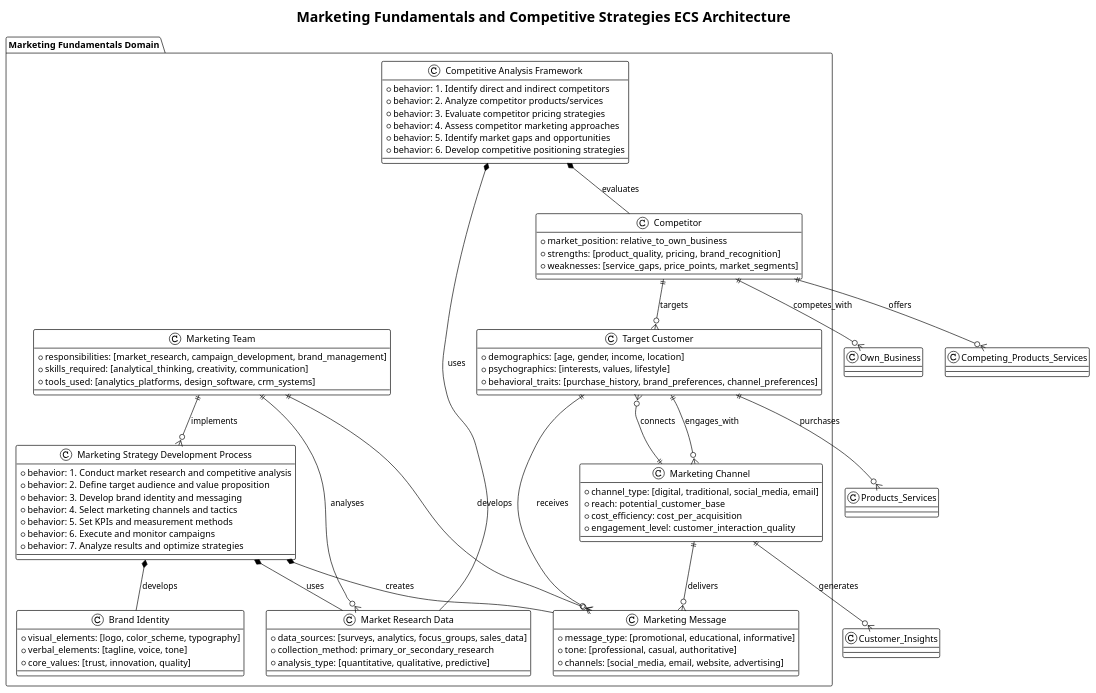
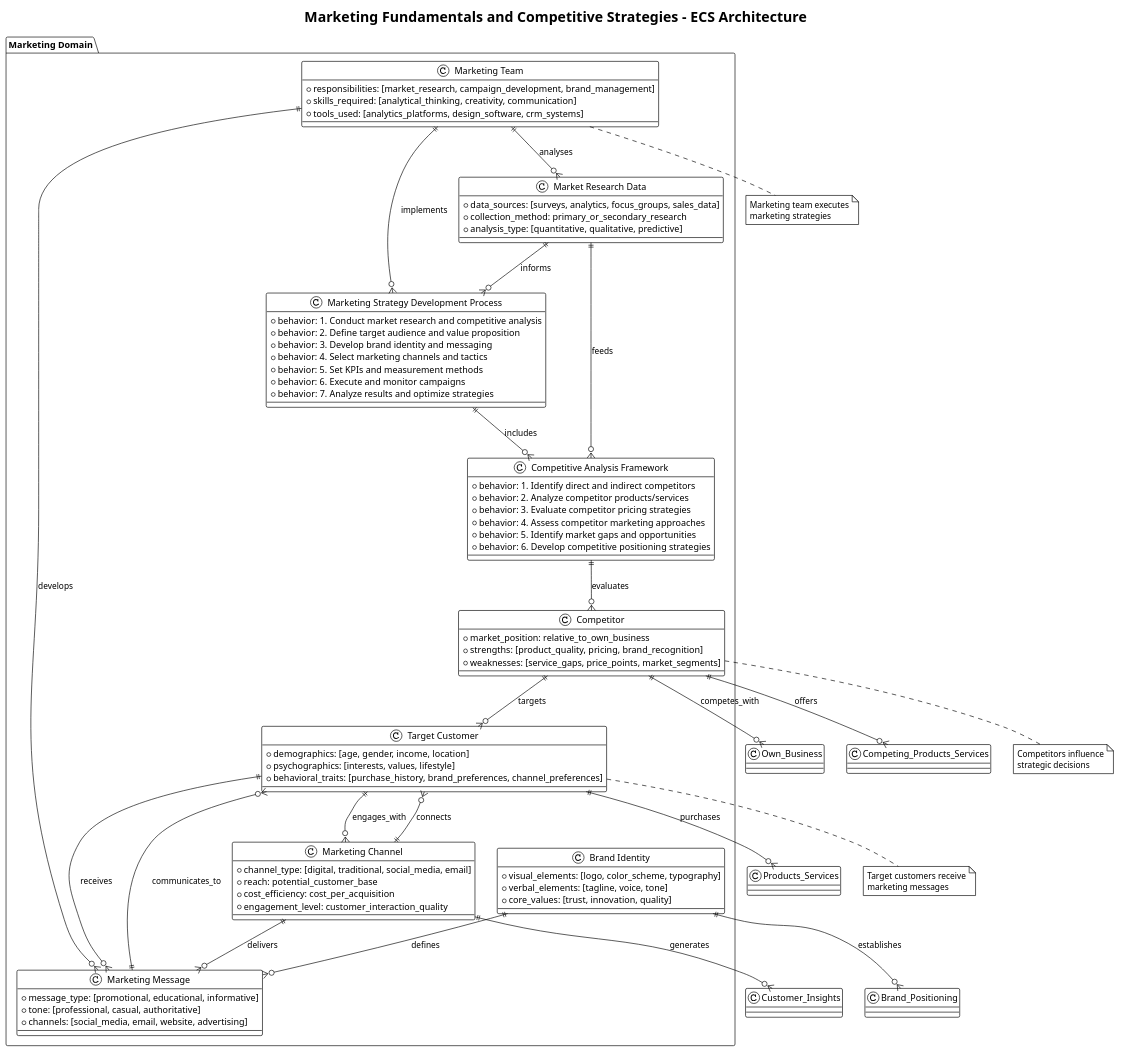
The diagram in diagrams/marketing_fundamentals_ecs.puml (SeppoPakonen/FinCom), drawn with PlantUML before and after one commit. The commit also changed 2374 other files, not shown here.

```diff
--- a/diagrams/marketing_fundamentals_ecs.puml
+++ b/diagrams/marketing_fundamentals_ecs.puml
@@ -1,92 +1,111 @@
 @startuml
 !theme plain
-title Marketing Fundamentals and Competitive Strategies ECS Architecture
+title Marketing Fundamentals and Competitive Strategies - ECS Architecture
 
-package "Marketing Fundamentals Domain" {
+package "Marketing Domain" {
   class "Marketing Team" as MT {
     + responsibilities: [market_research, campaign_development, brand_management]
     + skills_required: [analytical_thinking, creativity, communication]
     + tools_used: [analytics_platforms, design_software, crm_systems]
   }
 
   class "Target Customer" as TC {
     + demographics: [age, gender, income, location]
     + psychographics: [interests, values, lifestyle]
     + behavioral_traits: [purchase_history, brand_preferences, channel_preferences]
   }
 
   class "Competitor" as Comp {
     + market_position: relative_to_own_business
     + strengths: [product_quality, pricing, brand_recognition]
     + weaknesses: [service_gaps, price_points, market_segments]
   }
 
   class "Marketing Channel" as MC {
     + channel_type: [digital, traditional, social_media, email]
     + reach: potential_customer_base
     + cost_efficiency: cost_per_acquisition
     + engagement_level: customer_interaction_quality
   }
 
   class "Market Research Data" as MRD {
     + data_sources: [surveys, analytics, focus_groups, sales_data]
     + collection_method: primary_or_secondary_research
     + analysis_type: [quantitative, qualitative, predictive]
   }
 
   class "Brand Identity" as BI {
     + visual_elements: [logo, color_scheme, typography]
     + verbal_elements: [tagline, voice, tone]
     + core_values: [trust, innovation, quality]
   }
 
   class "Marketing Message" as MM {
     + message_type: [promotional, educational, informative]
     + tone: [professional, casual, authoritative]
     + channels: [social_media, email, website, advertising]
   }
 
   class "Marketing Strategy Development Process" as MSDP {
     + behavior: 1. Conduct market research and competitive analysis
     + behavior: 2. Define target audience and value proposition
     + behavior: 3. Develop brand identity and messaging
     + behavior: 4. Select marketing channels and tactics
     + behavior: 5. Set KPIs and measurement methods
     + behavior: 6. Execute and monitor campaigns
     + behavior: 7. Analyze results and optimize strategies
   }
 
   class "Competitive Analysis Framework" as CAF {
     + behavior: 1. Identify direct and indirect competitors
     + behavior: 2. Analyze competitor products/services
     + behavior: 3. Evaluate competitor pricing strategies
     + behavior: 4. Assess competitor marketing approaches
     + behavior: 5. Identify market gaps and opportunities
     + behavior: 6. Develop competitive positioning strategies
   }
 }
 
 MT ||--o{ MM : "develops"
 MT ||--o{ MRD : "analyses"
 MT ||--o{ MSDP : "implements"
 
 TC ||--o{ MM : "receives"
 TC ||--o{ MC : "engages_with"
 TC ||--o{ "Products_Services" : "purchases"
 
 Comp ||--o{ "Own_Business" : "competes_with"
 Comp ||--o{ TC : "targets"
 Comp ||--o{ "Competing_Products_Services" : "offers"
 
 MC ||--o{ MM : "delivers"
 MC ||--o{ TC : "connects"
 MC ||--o{ "Customer_Insights" : "generates"
 
-MSDP *-- MRD : "uses"
-MSDP *-- BI : "develops"
-MSDP *-- MM : "creates"
+MRD ||--o{ MSDP : "informs"
+MRD ||--o{ CAF : "feeds"
 
-CAF *-- MRD : "uses"
-CAF *-- Comp : "evaluates"
+BI ||--o{ MM : "defines"
+BI ||--o{ "Brand_Positioning" : "establishes"
+
+MM ||--o{ TC : "communicates_to"
+
+MSDP ||--o{ CAF : "includes"
+CAF ||--o{ Comp : "evaluates"
+
+note bottom of MT
+  Marketing team executes
+  marketing strategies
+end note
+
+note bottom of TC
+  Target customers receive
+  marketing messages
+end note
+
+note bottom of Comp
+  Competitors influence
+  strategic decisions
+end note
 
 @enduml
```
